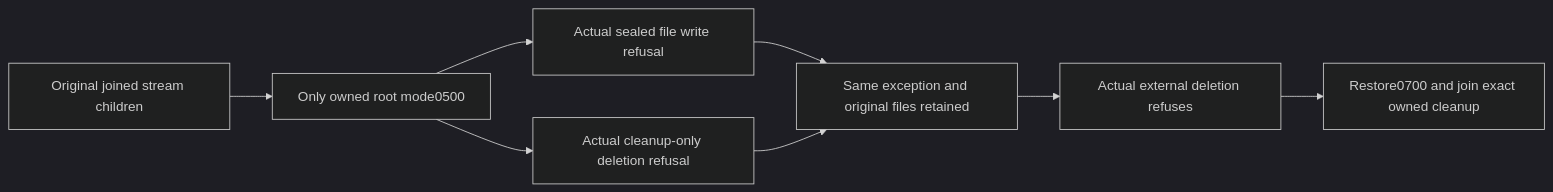
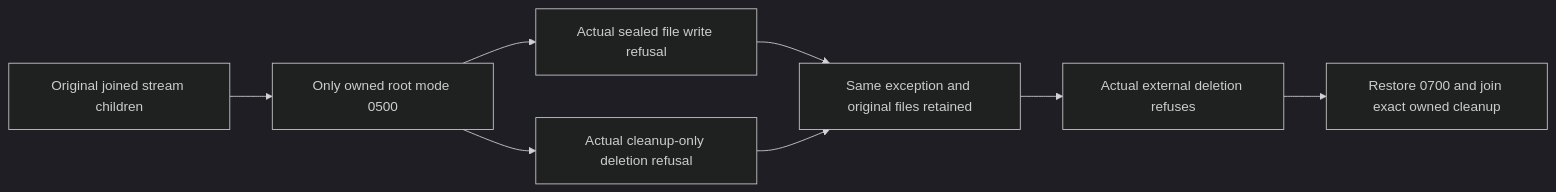
Before and after one commit to managedcode/KeyLoad: the fourth of 4 diagrams in docs/Features/BenchmarkComparisons/NativeGateRepair.md, drawn with Mermaid (dark theme). The commit also changed other lines of this file and 7356 other files, not shown here.

````diff
--- a/docs/Features/BenchmarkComparisons/NativeGateRepair.md
+++ b/docs/Features/BenchmarkComparisons/NativeGateRepair.md
@@ -172,10 +115,10 @@
 ```mermaid
 flowchart LR
-  Native[Original joined stream children] --> Fault[Only owned root mode0500]
+  Native[Original joined stream children] --> Fault[Only owned root mode 0500]
   Fault --> Body[Actual sealed file write refusal]
   Fault --> Disposal[Actual cleanup-only deletion refusal]
   Body --> Retained[Same exception and original files retained]
   Disposal --> Retained
   Retained --> Proof[Actual external deletion refuses]
-  Proof --> Cleanup[Restore0700 and join exact owned cleanup]
+  Proof --> Cleanup[Restore 0700 and join exact owned cleanup]
 ```
````
